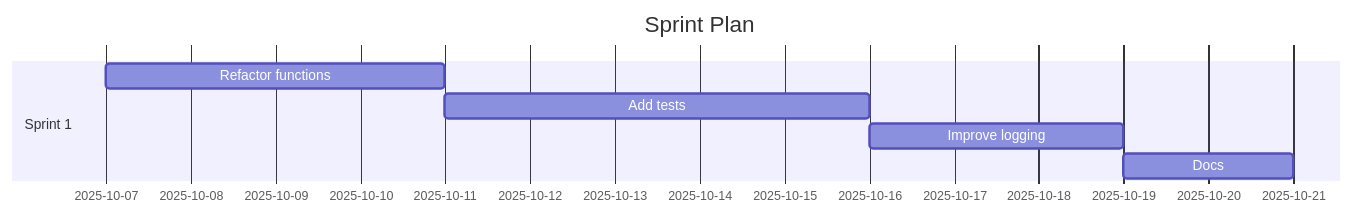
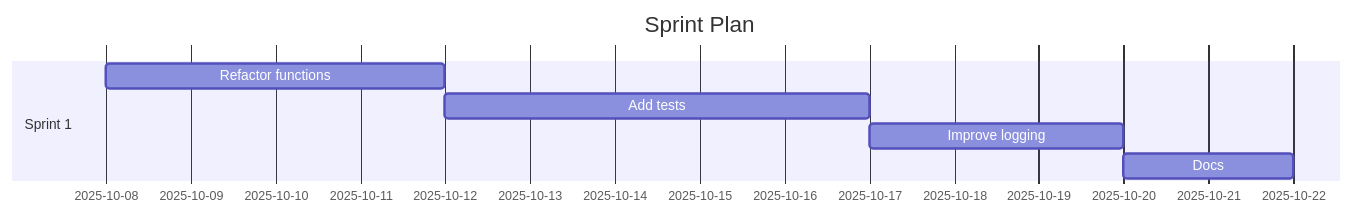
One commit to Anselmoo/mcp-ai-agent-guidelines changed the diagram in demos/demo-code-analysis.sprint.md. Above: the diagram before and after it, drawn with Mermaid. The commit also changed other lines of this file and 24 other files, not shown here.

````diff
--- a/demos/demo-code-analysis.sprint.md
+++ b/demos/demo-code-analysis.sprint.md
@@ -58,11 +58,11 @@
 ```mermaid
 gantt
 	dateFormat  YYYY-MM-DD
 	title Sprint Plan
 %% Accessibility: Title=Project Sprint Plan; Description=Gantt chart of sprints and tasks over time. %%
   section Sprint 1
-  Refactor functions :s1t0, 2025-10-07, 4d
-  Add tests :s1t1, 2025-10-11, 5d
-  Improve logging :s1t2, 2025-10-16, 3d
-  Docs :s1t3, 2025-10-19, 2d
+  Refactor functions :s1t0, 2025-10-08, 4d
+  Add tests :s1t1, 2025-10-12, 5d
+  Improve logging :s1t2, 2025-10-17, 3d
+  Docs :s1t3, 2025-10-20, 2d
 ```
````
